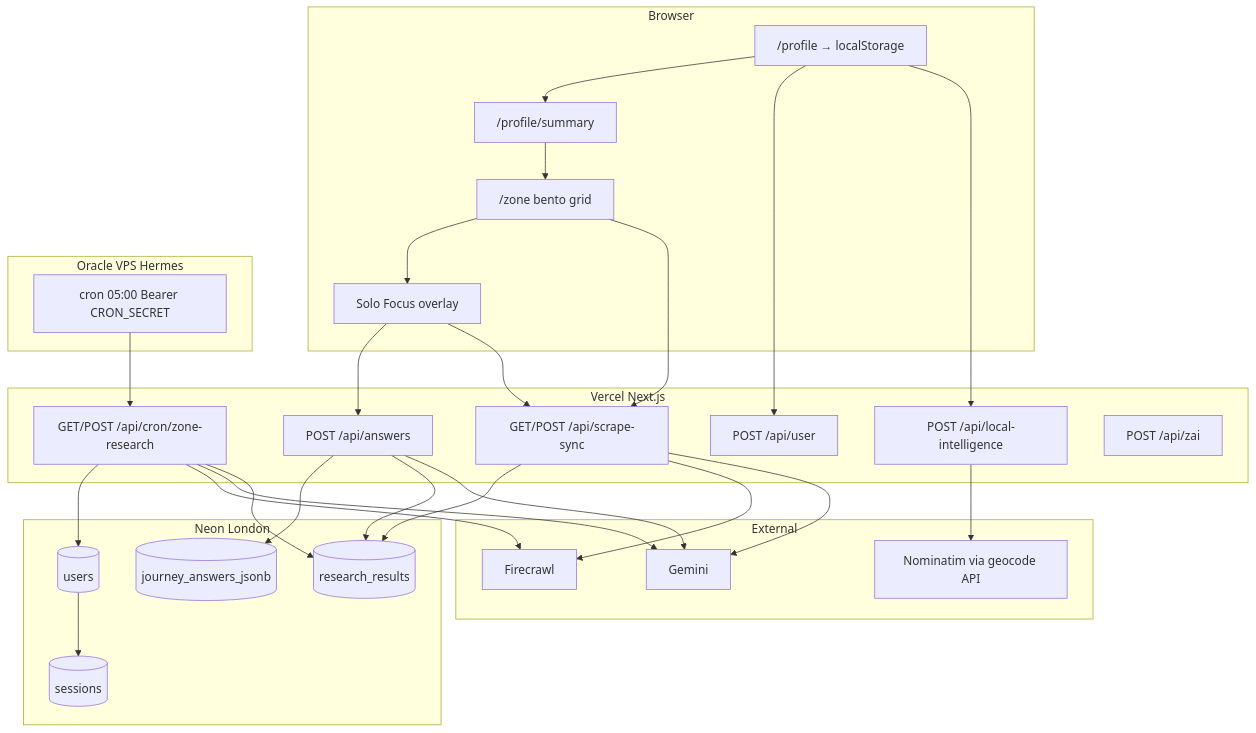
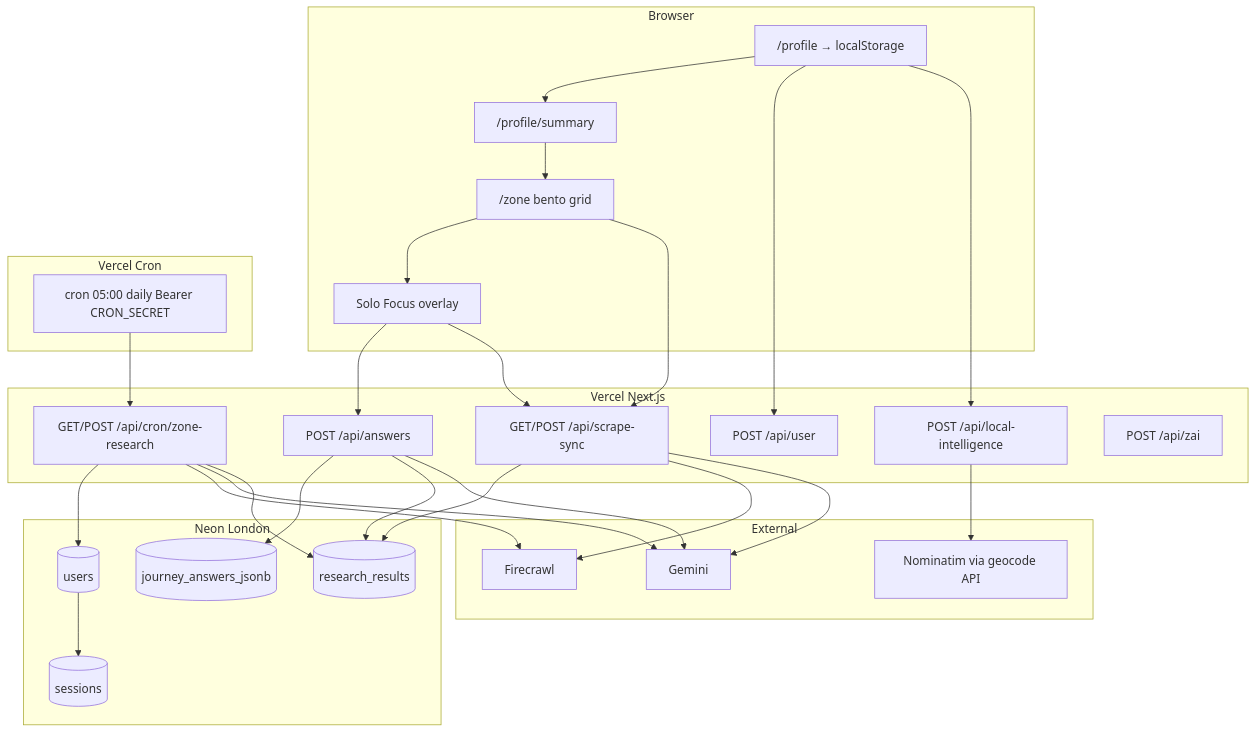
The first of 5 diagrams in docs/FULL-APP-SPEC.md (00app/00-ULM), drawn with Mermaid before and after one commit. The commit also changed other lines of this file and 6 other files, not shown here.

First line of the commit message:
Update docs for Vercel Cron migration, daily schedule, tips heading

````diff
--- a/docs/FULL-APP-SPEC.md
+++ b/docs/FULL-APP-SPEC.md
@@ -31,56 +33,56 @@
 ```mermaid
 flowchart TB
   subgraph client [Browser]
     Profile["/profile → localStorage"]
     Summary["/profile/summary"]
     Zone["/zone bento grid"]
     SF["Solo Focus overlay"]
     Profile --> Summary --> Zone
     Zone --> SF
   end
 
   subgraph vercel [Vercel Next.js]
     API_answers["POST /api/answers"]
     API_scrape["GET/POST /api/scrape-sync"]
     API_user["POST /api/user"]
     API_local["POST /api/local-intelligence"]
     API_cron["GET/POST /api/cron/zone-research"]
     API_zai["POST /api/zai"]
   end
 
   subgraph external [External]
     FC[Firecrawl]
     GM[Gemini]
     Nominatim[Nominatim via geocode API]
   end
 
   subgraph data [Neon London]
     users[(users)]
     ja[(journey_answers_jsonb)]
     rr[(research_results)]
     sessions[(sessions)]
   end
 
-  subgraph hermes [Oracle VPS Hermes]
-    Cron["cron 05:00 Bearer CRON_SECRET"]
+  subgraph hermes [Vercel Cron]
+    Cron["cron 05:00 daily Bearer CRON_SECRET"]
   end
 
   Profile --> API_user
   Profile --> API_local
   Zone --> API_scrape
   SF --> API_answers
   SF --> API_scrape
   API_answers --> ja
   API_answers --> rr
   API_scrape --> rr
   API_scrape --> FC
   API_scrape --> GM
   API_answers --> GM
   API_cron --> users
   API_cron --> FC
   API_cron --> GM
   API_cron --> rr
   Cron --> API_cron
   API_local --> Nominatim
   users --> sessions
 ```
````
